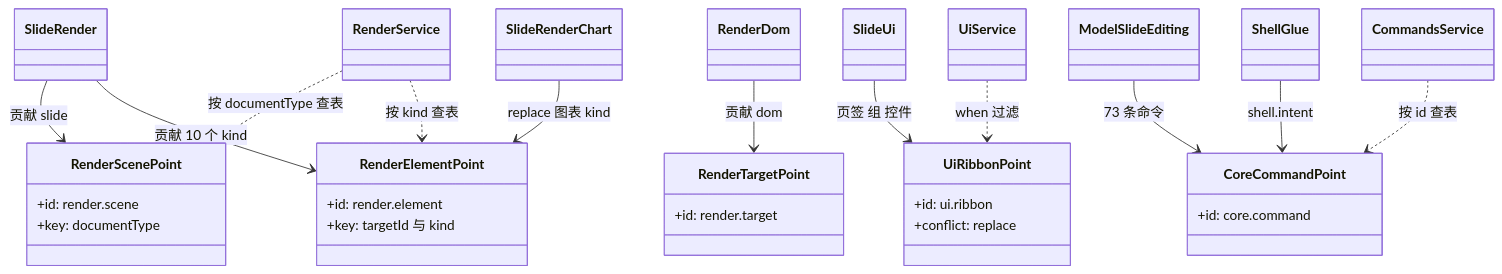
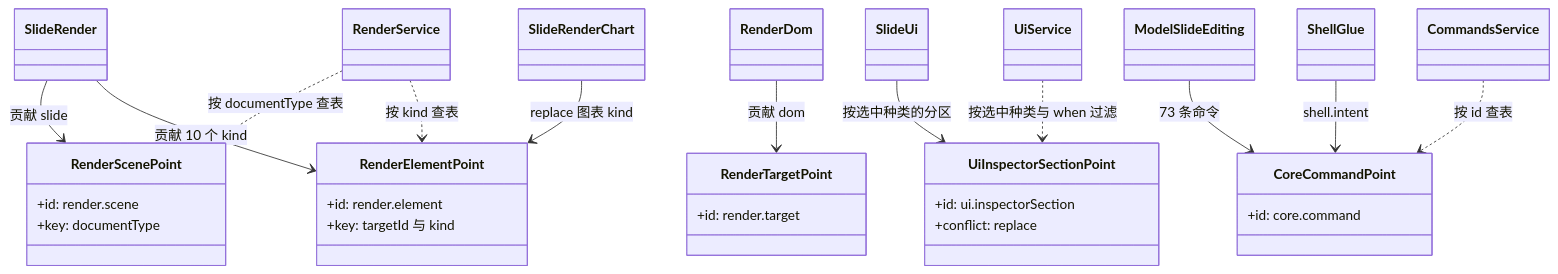
Diagram 28 of 36 in docs/40-modules/18-atlas-system-and-frontend.md (Xeonice/cordis-ppt-editor), drawn with Mermaid before and after one commit. The commit also changed other lines of this file and 43 other files, not shown here.

````diff
--- a/docs/40-modules/18-atlas-system-and-frontend.md
+++ b/docs/40-modules/18-atlas-system-and-frontend.md
@@ -996,32 +996,32 @@
 ```mermaid
 classDiagram
   class RenderScenePoint {
     +id: render.scene
     +key: documentType
   }
   class RenderElementPoint {
     +id: render.element
     +key: targetId 与 kind
   }
   class RenderTargetPoint {
     +id: render.target
   }
-  class UiRibbonPoint {
-    +id: ui.ribbon
+  class UiInspectorSectionPoint {
+    +id: ui.inspectorSection
     +conflict: replace
   }
   class CoreCommandPoint {
     +id: core.command
   }
   SlideRender --> RenderScenePoint : 贡献 slide
   SlideRender --> RenderElementPoint : 贡献 10 个 kind
   SlideRenderChart --> RenderElementPoint : replace 图表 kind
   RenderDom --> RenderTargetPoint : 贡献 dom
-  SlideUi --> UiRibbonPoint : 页签 组 控件
+  SlideUi --> UiInspectorSectionPoint : 按选中种类的分区
   ModelSlideEditing --> CoreCommandPoint : 73 条命令
   ShellGlue --> CoreCommandPoint : shell.intent
   RenderService ..> RenderScenePoint : 按 documentType 查表
   RenderService ..> RenderElementPoint : 按 kind 查表
-  UiService ..> UiRibbonPoint : when 过滤
+  UiService ..> UiInspectorSectionPoint : 按选中种类与 when 过滤
   CommandsService ..> CoreCommandPoint : 按 id 查表
 ```
````
